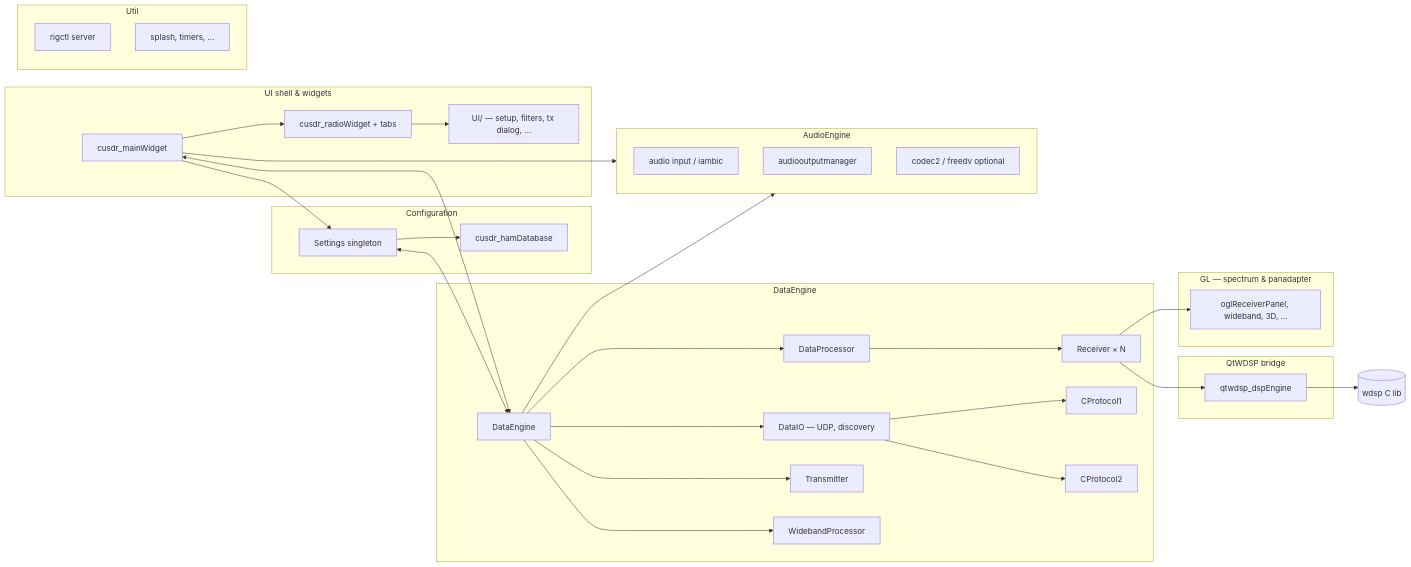
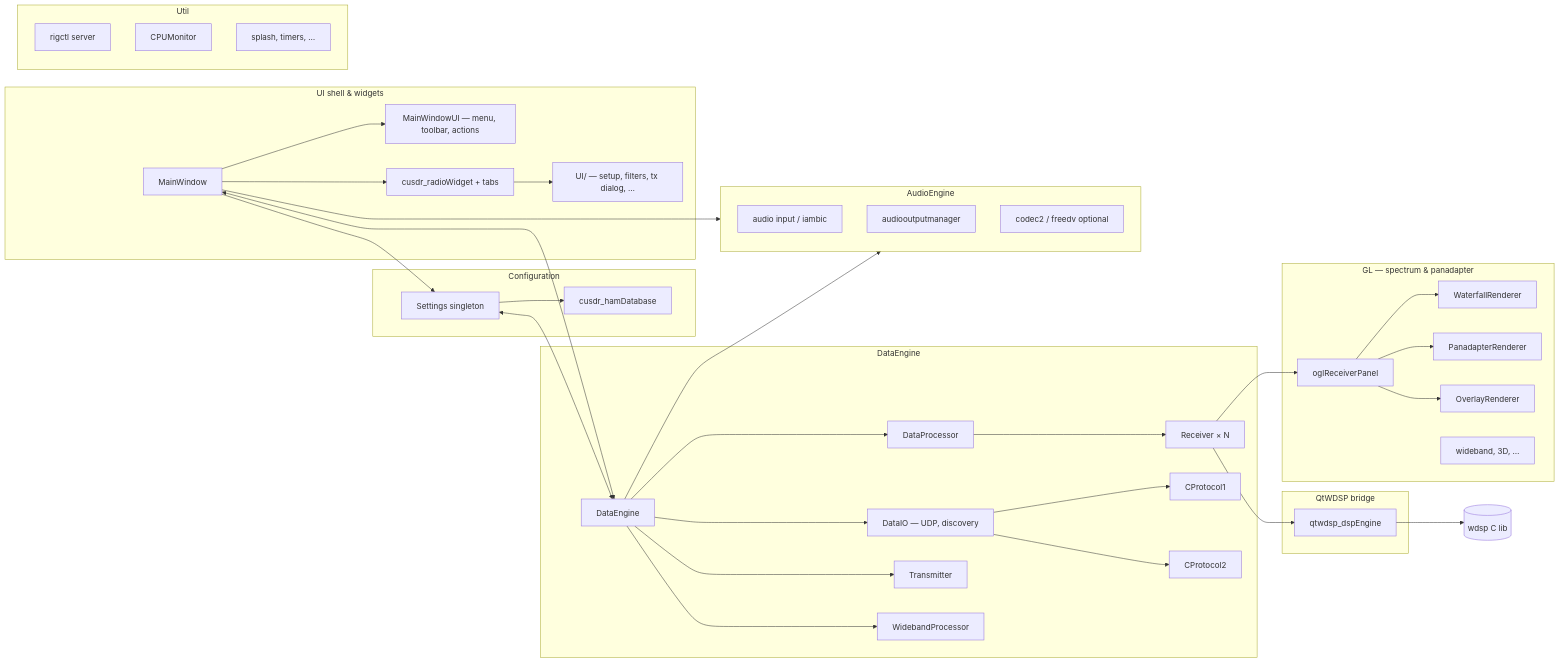
The second of 3 diagrams in Docs/codebase_architecture.md (zl2brg/cudaSDR), drawn with Mermaid before and after one commit. The commit also changed other lines of this file and 2 other files, not shown here.

Commit message:
Standardize networking project-wide and bump version to v6.1.2.
- Completed replacement of legacy platform-specific setsockopt with cross-platform QUdpSocket::setSocketOption.
- Cleaned up obsolete system networking headers and OS-specific address handling.
- Updated README.md and codebase_architecture.md to reflect the modern Qt6-native architecture.
- Bumped version to v6.1.2.

````diff
--- a/Docs/codebase_architecture.md
+++ b/Docs/codebase_architecture.md
@@ -43,62 +43,72 @@
 ```mermaid
 flowchart LR
   subgraph UI["UI shell & widgets"]
-    MW[cusdr_mainWidget]
+    MW[MainWindow]
+    MWUI[MainWindowUI — menu, toolbar, actions]
     RW[cusdr_radioWidget + tabs]
     UIpkg[UI/ — setup, filters, tx dialog, …]
+    MW --> MWUI
     MW --> RW
     RW --> UIpkg
   end
 
   subgraph CFG["Configuration"]
     SET[Settings singleton]
     HDB[cusdr_hamDatabase]
     MW --> SET
     SET --> HDB
   end
 
   subgraph DE["DataEngine"]
     DEng[DataEngine]
     DIO[DataIO — UDP, discovery]
     DProc[DataProcessor]
     REC[Receiver × N]
     TX[Transmitter]
     P1[CProtocol1]
     P2[CProtocol2]
     WB[WidebandProcessor]
     DEng --> DIO
     DEng --> DProc
     DProc --> REC
     DEng --> TX
     DIO --> P1
     DIO --> P2
     DEng --> WB
   end
 
   subgraph DSPB["QtWDSP bridge"]
     QWDSP[qtwdsp_dspEngine]
     REC --> QWDSP
   end
 
   subgraph AE["AudioEngine"]
     AIN[audio input / iambic]
     AOUT[audiooutputmanager]
     CODEC[codec2 / freedv optional]
   end
 
   subgraph GL["GL — spectrum & panadapter"]
-    OGL[oglReceiverPanel, wideband, 3D, …]
+    RP[oglReceiverPanel]
+    WR[WaterfallRenderer]
+    PR[PanadapterRenderer]
+    OR[OverlayRenderer]
+    RP --> WR
+    RP --> PR
+    RP --> OR
+    OGL[wideband, 3D, …]
   end
 
   subgraph UT["Util"]
     RIG[rigctl server]
+    CPU[CPUMonitor]
     SPL[splash, timers, …]
   end
 
   SET <--> DEng
   MW <--> DEng
-  REC --> OGL
+  REC --> RP
   DEng --> AE
   MW --> AE
   QWDSP --> WDSP[(wdsp C lib)]
 ```
````
